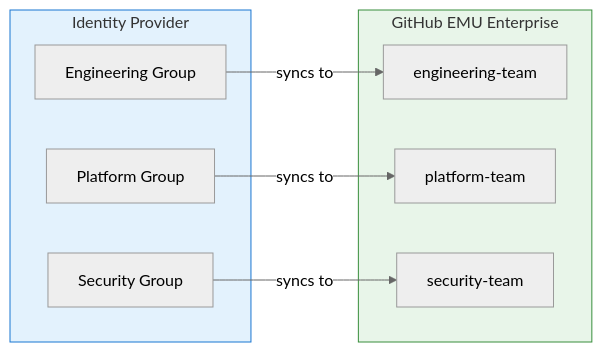
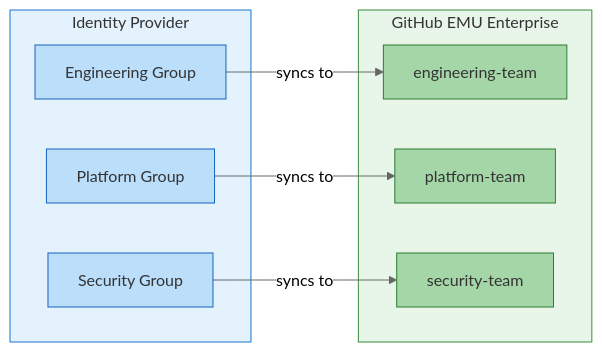
One commit to jmassardo/jmassardo.github.io changed the fifth of 11 diagrams in _posts/2026-01-14-migrating-to-github-enterprise-managed-users.md. Above: the diagram before and after it, drawn with Mermaid (neutral theme). The commit also changed other lines of this file and 12 other files, not shown here.

````diff
--- a/_posts/2026-01-14-migrating-to-github-enterprise-managed-users.md
+++ b/_posts/2026-01-14-migrating-to-github-enterprise-managed-users.md
@@ -676,21 +690,27 @@
 ```mermaid
 flowchart LR
     subgraph IdP["Identity Provider"]
         IG1["Engineering Group"]
         IG2["Platform Group"]
         IG3["Security Group"]
     end
     
     subgraph GitHub["GitHub EMU Enterprise"]
         GT1["engineering-team"]
         GT2["platform-team"]
         GT3["security-team"]
     end
     
     IG1 -->|"syncs to"| GT1
     IG2 -->|"syncs to"| GT2
     IG3 -->|"syncs to"| GT3
     
-    style IdP fill:#e3f2fd,stroke:#1976d2
-    style GitHub fill:#e8f5e9,stroke:#388e3c
+    style IdP fill:#e3f2fd,stroke:#1976d2,color:#333
+    style GitHub fill:#e8f5e9,stroke:#388e3c,color:#333
+    style IG1 fill:#bbdefb,stroke:#1565c0,color:#333
+    style IG2 fill:#bbdefb,stroke:#1565c0,color:#333
+    style IG3 fill:#bbdefb,stroke:#1565c0,color:#333
+    style GT1 fill:#a5d6a7,stroke:#2e7d32,color:#333
+    style GT2 fill:#a5d6a7,stroke:#2e7d32,color:#333
+    style GT3 fill:#a5d6a7,stroke:#2e7d32,color:#333
 ```
````
